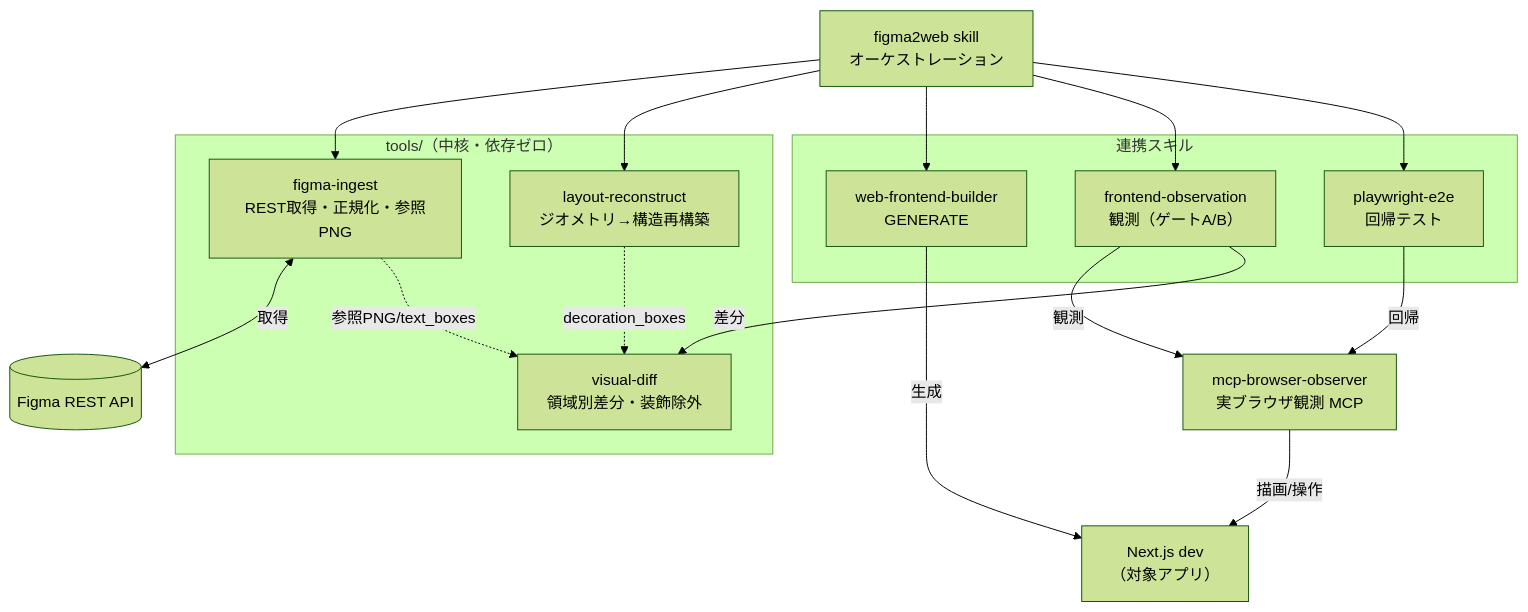
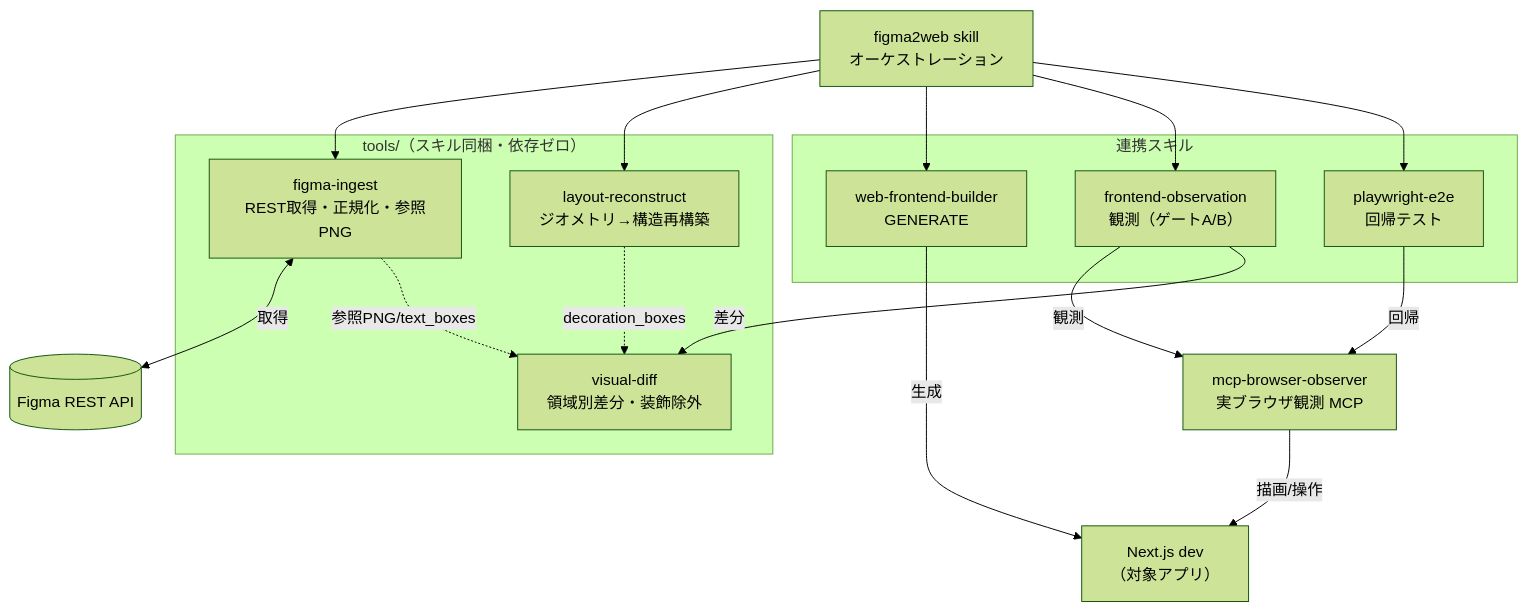
One commit to mormorbump/figma2web changed the second of 2 diagrams in README.md. Above: the diagram before and after it, drawn with Mermaid (forest theme). The commit also changed other lines of this file and 21 other files, not shown here.

````diff
--- a/README.md
+++ b/README.md
@@ -38,27 +38,27 @@
 ```mermaid
 flowchart TB
     SKILL["figma2web skill<br/>オーケストレーション"]
-    subgraph T["tools/（中核・依存ゼロ）"]
+    subgraph T["tools/（スキル同梱・依存ゼロ）"]
       ING["figma-ingest<br/>REST取得・正規化・参照PNG"]
       REC["layout-reconstruct<br/>ジオメトリ→構造再構築"]
       VD["visual-diff<br/>領域別差分・装飾除外"]
     end
     subgraph S["連携スキル"]
       WFB["web-frontend-builder<br/>GENERATE"]
       FO["frontend-observation<br/>観測（ゲートA/B）"]
       PE["playwright-e2e<br/>回帰テスト"]
     end
     MCP["mcp-browser-observer<br/>実ブラウザ観測 MCP"]
     FIGMA[("Figma REST API")]
     APP["Next.js dev<br/>（対象アプリ）"]
 
     SKILL --> ING & REC & WFB & FO & PE
     ING <-->|取得| FIGMA
     WFB -->|生成| APP
     FO -->|観測| MCP
     PE -->|回帰| MCP
     MCP -->|描画/操作| APP
     FO -->|差分| VD
     ING -.->|参照PNG/text_boxes| VD
     REC -.->|decoration_boxes| VD
 ```
````
